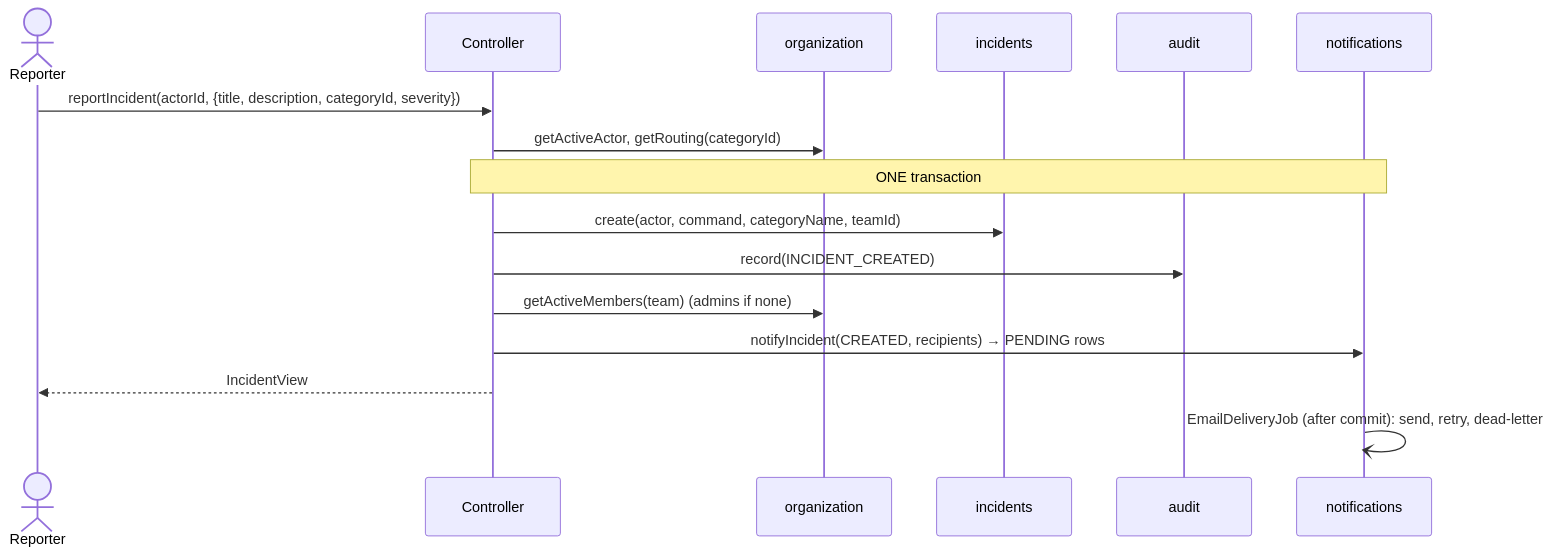
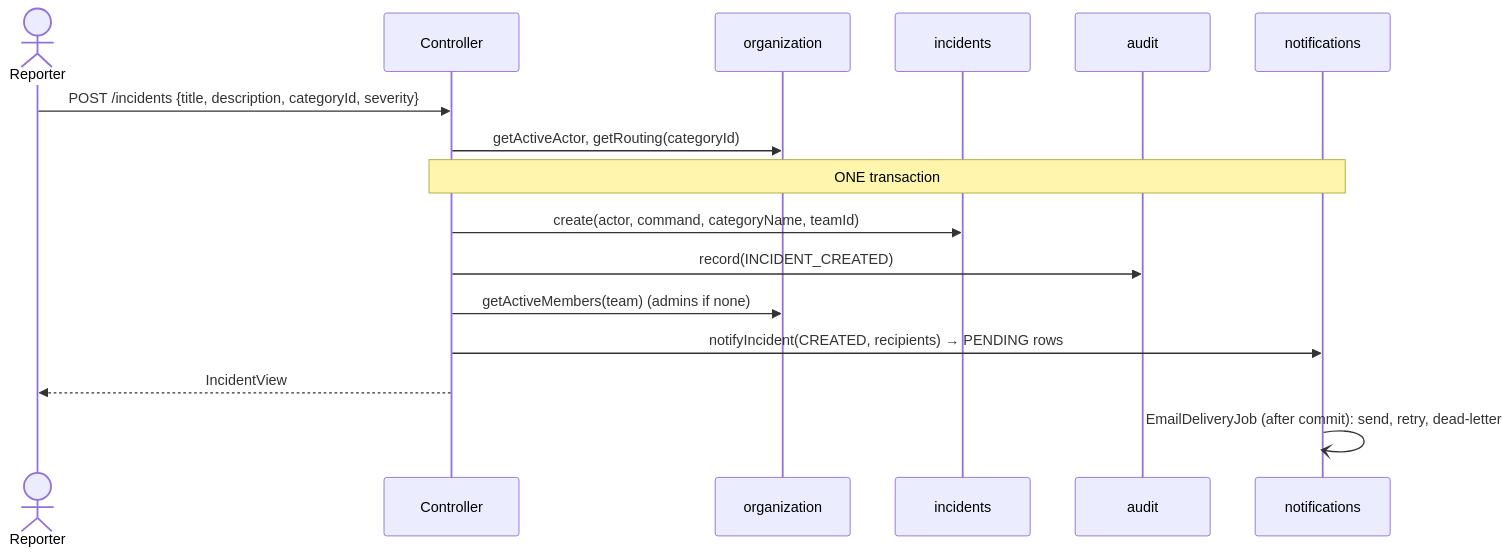
The second of 4 diagrams in docs/system-design.md (t-h-e-silence/IncidentManagmentTool), drawn with Mermaid before and after one commit. The commit also changed other lines of this file and 57 other files, not shown here.

````diff
--- a/docs/system-design.md
+++ b/docs/system-design.md
@@ -111,18 +109,18 @@
 ```mermaid
 sequenceDiagram
     actor R as Reporter
     participant C as Controller
     participant O as organization
     participant I as incidents
     participant A as audit
     participant N as notifications
-    R->>C: reportIncident(actorId, {title, description, categoryId, severity})
+    R->>C: POST /incidents {title, description, categoryId, severity}
     C->>O: getActiveActor, getRouting(categoryId)
     Note over C,N: ONE transaction
     C->>I: create(actor, command, categoryName, teamId)
     C->>A: record(INCIDENT_CREATED)
     C->>O: getActiveMembers(team) (admins if none)
     C->>N: notifyIncident(CREATED, recipients) → PENDING rows
     C-->>R: IncidentView
     N-)N: EmailDeliveryJob (after commit): send, retry, dead-letter
 ```
````
